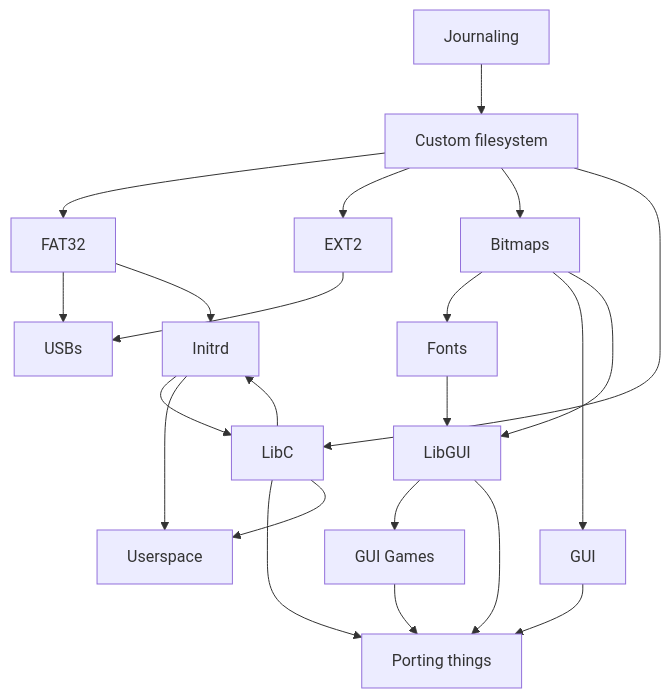
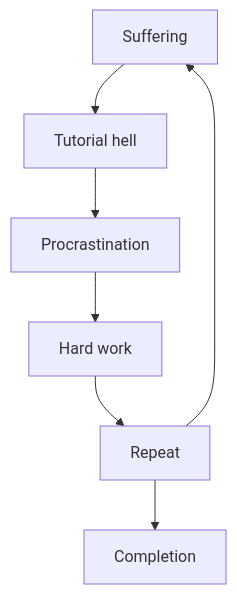
The diagram in profile/readme.md (spartanproj/.github), drawn with Mermaid before and after one commit. The commit also changed other lines of this file, not shown here.

Commit message:
added work flow to main page and removed nerd roadmap

````diff
--- a/profile/readme.md
+++ b/profile/readme.md
@@ -12,27 +11,15 @@
 ```mermaid
 graph TD
-A[Journaling];
-B-->C[FAT32];
-B-->D[EXT2];
-A-->B[Custom filesystem];
-E[Bitmaps];
-F[Fonts];
-B-->E;
+A[Suffering];
+B[Completion];
+C[Tutorial hell];
+D[Procrastination];
+E[Hard work];
+F[Repeat];
+A-->C;
+C-->D;
+D-->E;
 E-->F;
-E-->G[GUI];
-F-->I;
-I-->H[GUI Games];
-E-->I[LibGUI];
-I-->J[Porting things];
-H-->J;
-G-->J;
-B-->L[LibC];
-L-->J;
-C-->M[USBs];
-D-->M;
-L-->P[Userspace];
-C-->O[Initrd];
-O-->L;
-L-->O;
-O-->P;
+F-->A;
+F-->B;
 ```
````
